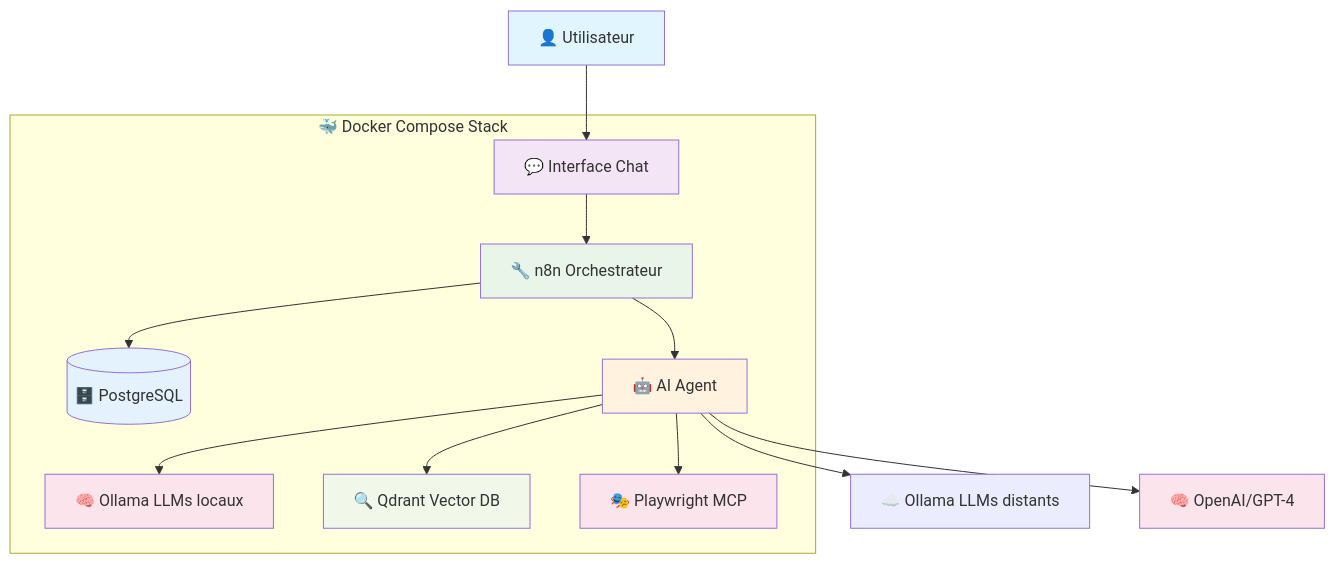
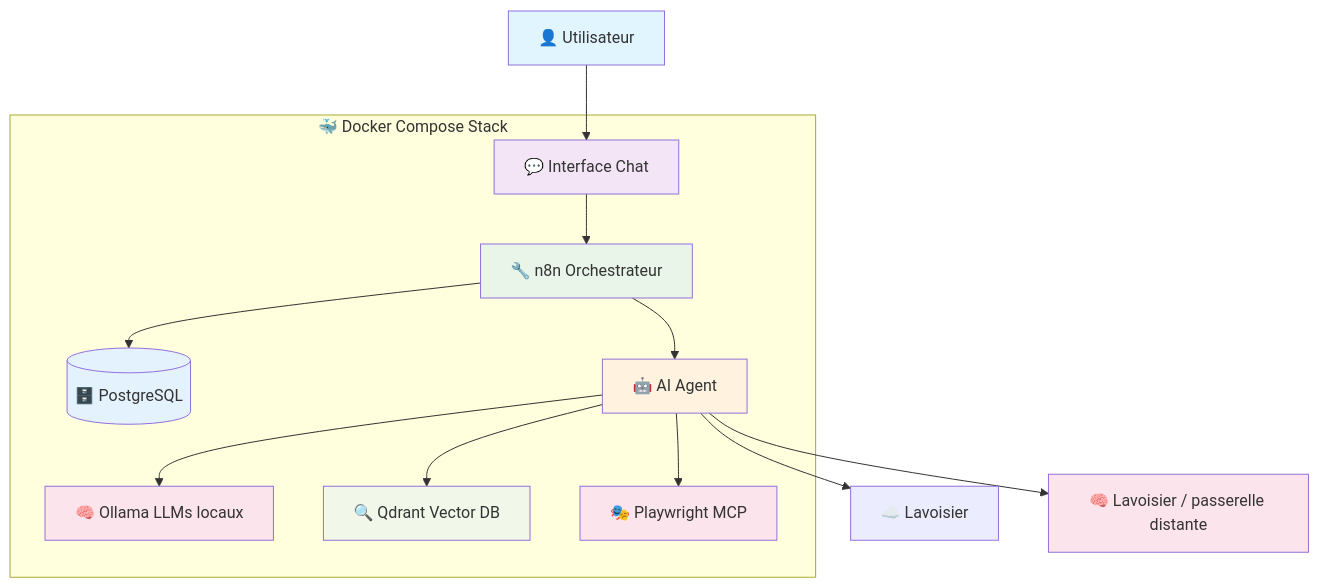
One commit to antoninBr/talk-n8n-agent changed the diagram in README.md. Above: the diagram before and after it, drawn with Mermaid. The commit also changed other lines of this file and 31 other files, not shown here.

````diff
--- a/README.md
+++ b/README.md
@@ -16,32 +17,32 @@
 ```mermaid
 graph TB
     User[👤 Utilisateur] --> Chat[💬 Interface Chat]
     Chat --> N8N[🔧 n8n Orchestrateur]
     N8N --> PG[(🗄️ PostgreSQL)]
     N8N --> Agent[🤖 AI Agent]
     Agent --> Ollama[🧠 Ollama LLMs locaux]
-    Agent --> Ollama_Remote[☁️ Ollama LLMs distants]
+    Agent --> Lavoisier[☁️ Lavoisier]
     Agent --> Qdrant[🔍 Qdrant Vector DB]
     Agent --> MCP[🎭 Playwright MCP]
-    Agent --> API[🧠 OpenAI/GPT-4]
+    Agent --> API[🧠 Lavoisier / passerelle distante]
 
     subgraph "🐳 Docker Compose Stack"
         Chat
         N8N
         PG
         Ollama
         Qdrant
         MCP
         Agent
     end
     
     style User fill:#e1f5fe
     style Chat fill:#f3e5f5
     style N8N fill:#e8f5e8
     style Agent fill:#fff3e0
     style Ollama fill:#fce4ec
     style API fill:#fce4ec
     style MCP fill:#fce4ec
     style Qdrant fill:#f1f8e9
     style PG fill:#e3f2fd
 ```
````
